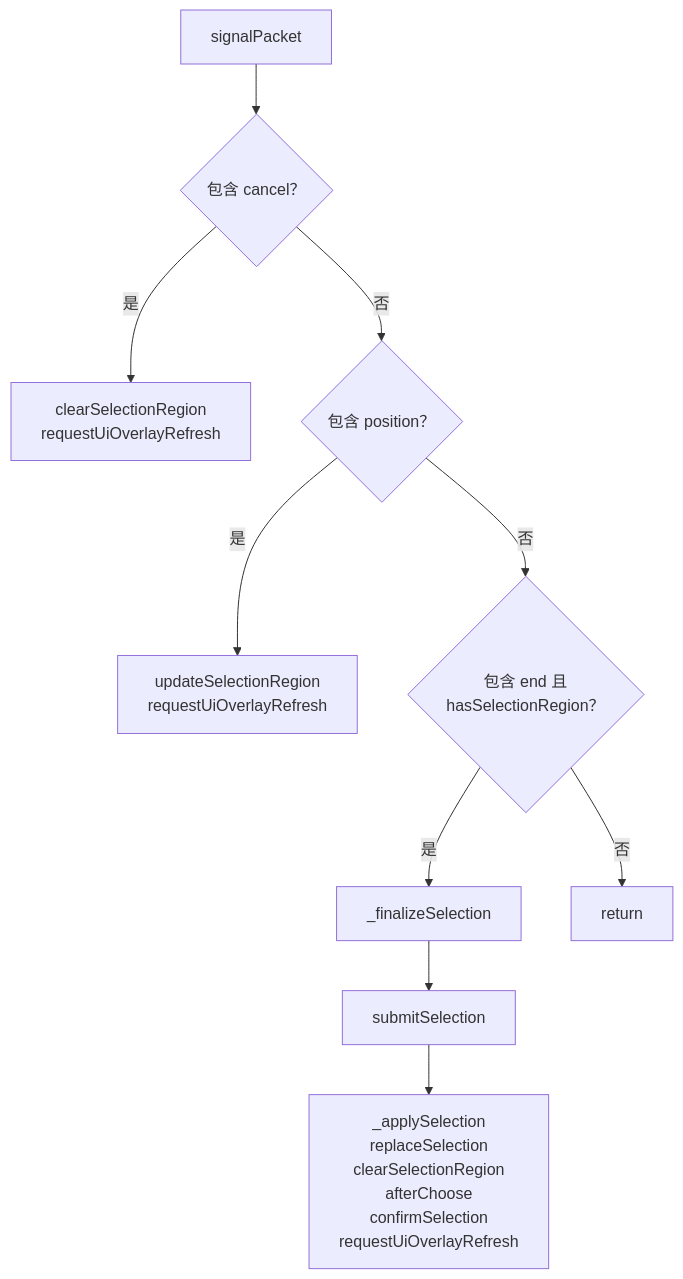
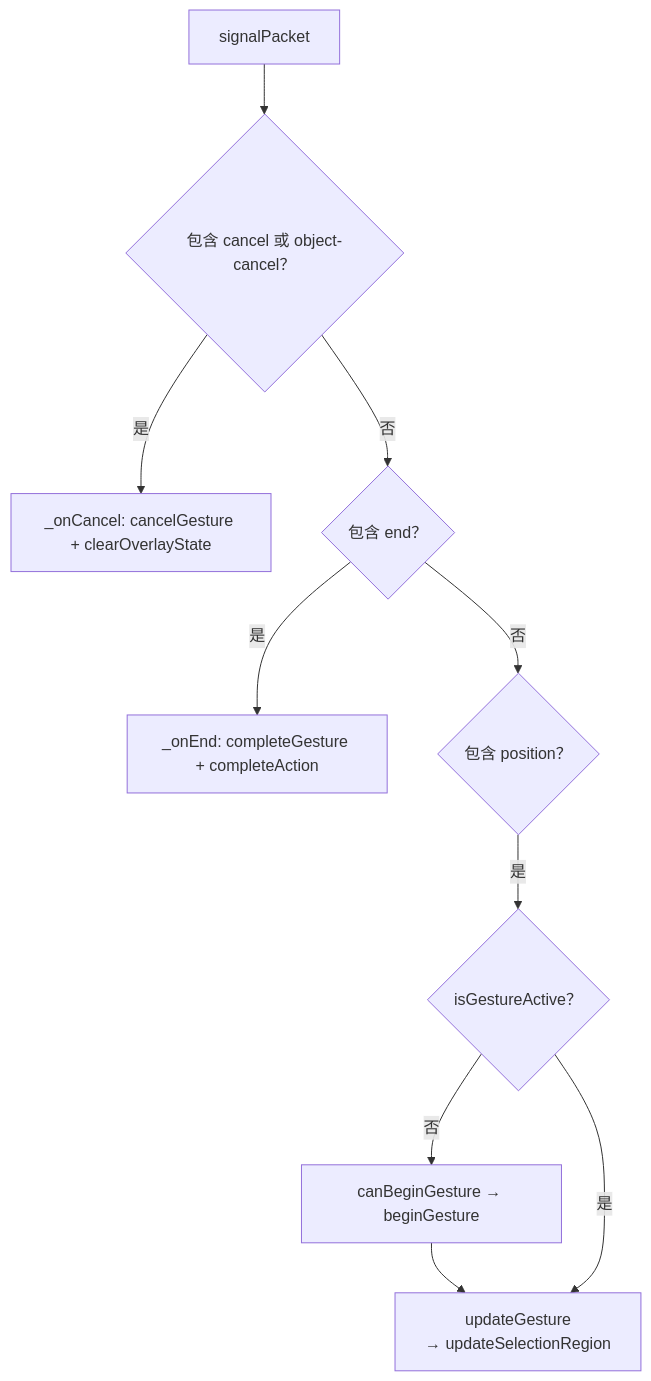
Before and after one commit to Frank-Steven/HoundWhiteboard: the first of 3 diagrams in src/core/tools/chooser/docs/object-chooser-document.md, drawn with Mermaid. The commit also changed other lines of this file and 5 other files, not shown here.

````diff
--- a/src/core/tools/chooser/docs/object-chooser-document.md
+++ b/src/core/tools/chooser/docs/object-chooser-document.md
@@ -32,13 +33,12 @@
 ```mermaid
 flowchart TD
-    S[signalPacket] --> Cancel{包含 cancel？}
-    Cancel -->|是| Clear[clearSelectionRegion<br/>requestUiOverlayRefresh]
-    Cancel -->|否| Pos{包含 position？}
-    Pos -->|是| Update[updateSelectionRegion<br/>requestUiOverlayRefresh]
-    Pos -->|否| End{包含 end 且<br/>hasSelectionRegion？}
-    End -->|是| Finalize[_finalizeSelection]
-    End -->|否| Done[return]
-
-    Finalize --> Submit[submitSelection]
-    Submit --> Apply[_applySelection<br/>replaceSelection<br/>clearSelectionRegion<br/>afterChoose<br/>confirmSelection<br/>requestUiOverlayRefresh]
+    S[signalPacket] --> Cancel{包含 cancel 或 object-cancel？}
+    Cancel -->|是| CC[_onCancel: cancelGesture + clearOverlayState]
+    Cancel -->|否| End{包含 end？}
+    End -->|是| EE[_onEnd: completeGesture + completeAction]
+    End -->|否| Pos{包含 position？}
+    Pos -->|是| isActive{isGestureActive？}
+    isActive -->|否| begin[canBeginGesture → beginGesture]
+    begin --> update[updateGesture<br/>→ updateSelectionRegion]
+    isActive -->|是| update
 ```
````
